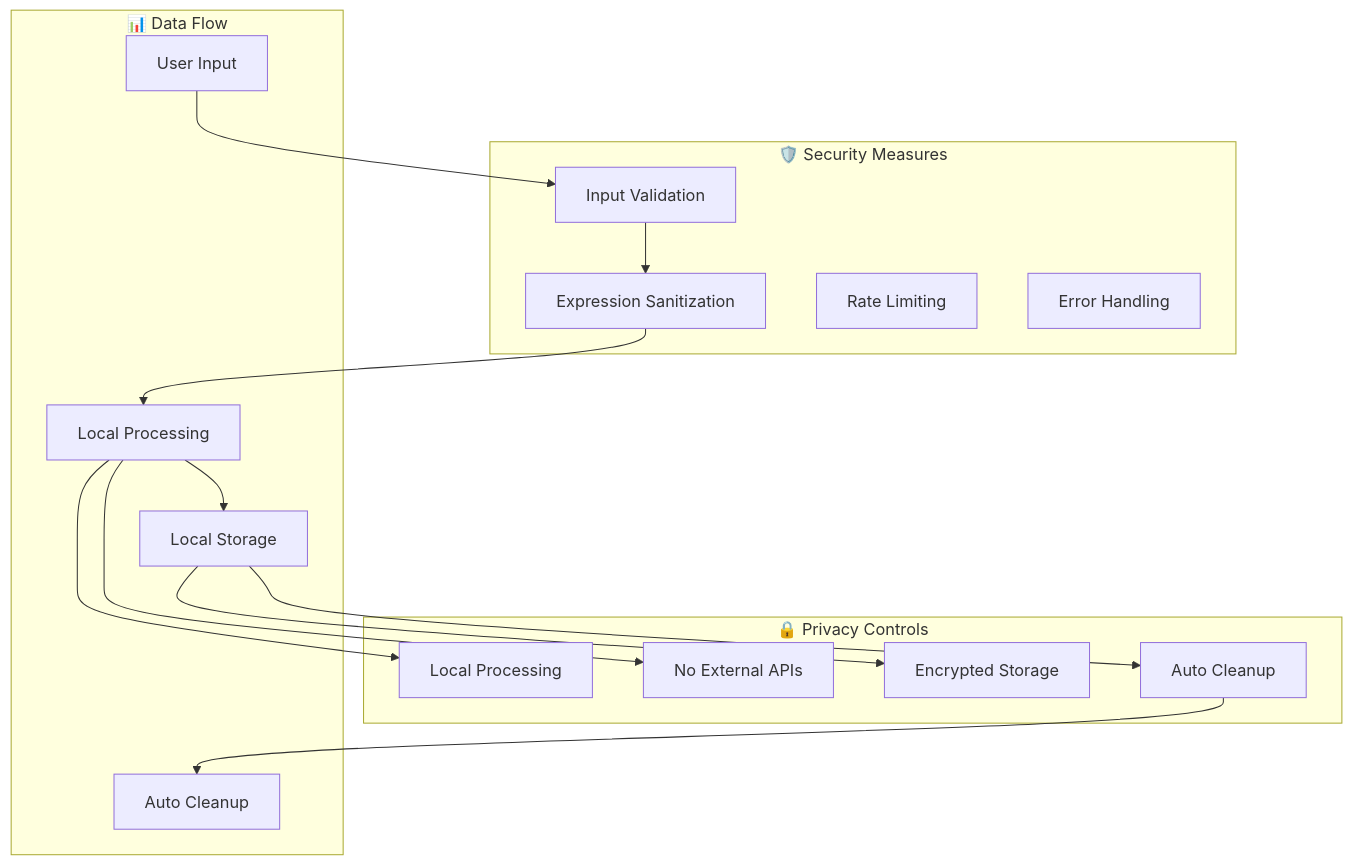
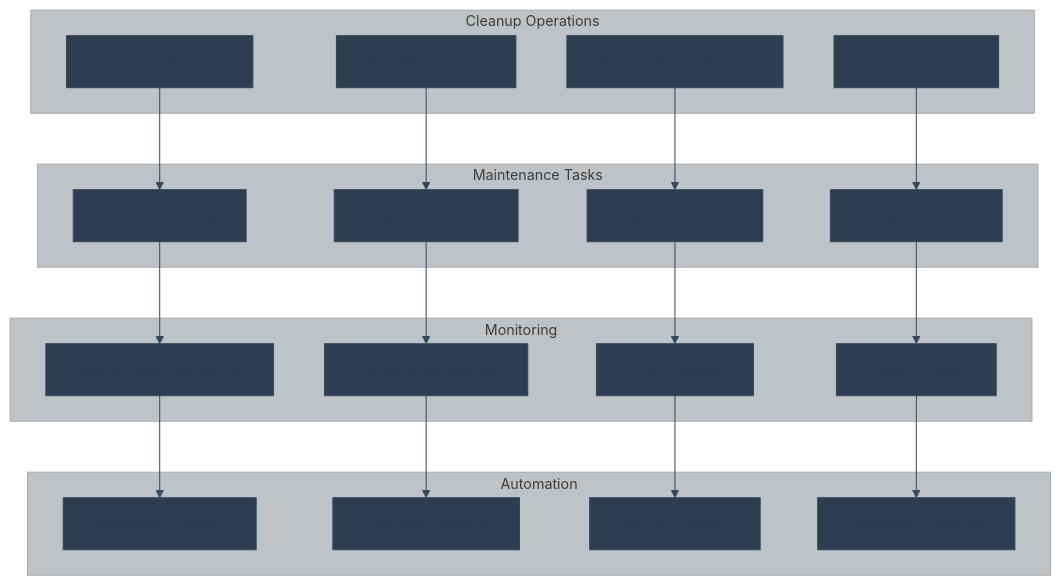
Before and after one commit to khaosans/basic-chat: diagram 12 of 12 in docs/FEATURES.md, drawn with Mermaid. The commit also changed other lines of this file and 10 other files, not shown here.

````diff
--- a/docs/FEATURES.md
+++ b/docs/FEATURES.md
@@ -355,35 +833,46 @@
 ```mermaid
+%%{init: {'theme': 'base', 'themeVariables': { 'fontSize': '14px', 'fontFamily': 'arial', 'primaryColor': '#2c3e50', 'primaryTextColor': '#2c3e50', 'primaryBorderColor': '#34495e', 'lineColor': '#34495e', 'secondaryColor': '#ecf0f1', 'tertiaryColor': '#bdc3c7'}}}%%
 graph TB
-    subgraph "🔒 Privacy Controls"
-        LOCAL[Local Processing]
-        NO_EXTERNAL[No External APIs]
-        ENCRYPT[Encrypted Storage]
-        CLEANUP[Auto Cleanup]
+    subgraph "Cleanup Operations"
+        DUPLICATE_REMOVAL[Duplicate Removal]
+        OLD_DATA[Old Data Cleanup]
+        ORPHANED_FILES[Orphaned File Cleanup]
+        CACHE_CLEANUP[Cache Cleanup]
     end
     
-    subgraph "🛡️ Security Measures"
-        VALIDATION[Input Validation]
-        SANITIZATION[Expression Sanitization]
-        RATE_LIMIT[Rate Limiting]
-        ERROR_HANDLING[Error Handling]
+    subgraph "Maintenance Tasks"
+        INDEX_REBUILD[Index Rebuilding]
+        VACUUM[Database Vacuum]
+        STATISTICS[Statistics Update]
+        INTEGRITY[Integrity Checks]
     end
     
-    subgraph "📊 Data Flow"
-        USER[User Input]
-        PROCESS[Local Processing]
-        STORE[Local Storage]
-        CLEAN[Auto Cleanup]
+    subgraph "Monitoring"
+        SPACE_USAGE[Space Usage Monitoring]
+        PERFORMANCE[Performance Metrics]
+        ERROR_TRACKING[Error Tracking]
+        HEALTH_CHECKS[Health Checks]
     end
     
-    USER --> VALIDATION
-    VALIDATION --> SANITIZATION
-    SANITIZATION --> PROCESS
+    subgraph "Automation"
+        SCHEDULED_CLEANUP[Scheduled Cleanup]
+        TRIGGERED_CLEANUP[Triggered Cleanup]
+        MANUAL_CLEANUP[Manual Cleanup]
+        EMERGENCY_CLEANUP[Emergency Cleanup]
+    end
     
-    PROCESS --> LOCAL
-    PROCESS --> NO_EXTERNAL
+    DUPLICATE_REMOVAL --> INDEX_REBUILD
+    OLD_DATA --> VACUUM
+    ORPHANED_FILES --> STATISTICS
+    CACHE_CLEANUP --> INTEGRITY
     
-    PROCESS --> STORE
-    STORE --> ENCRYPT
-    STORE --> CLEANUP
-    CLEANUP --> CLEAN
+    INDEX_REBUILD --> SPACE_USAGE
+    VACUUM --> PERFORMANCE
+    STATISTICS --> ERROR_TRACKING
+    INTEGRITY --> HEALTH_CHECKS
+    
+    SPACE_USAGE --> SCHEDULED_CLEANUP
+    PERFORMANCE --> TRIGGERED_CLEANUP
+    ERROR_TRACKING --> MANUAL_CLEANUP
+    HEALTH_CHECKS --> EMERGENCY_CLEANUP
 ```
````
